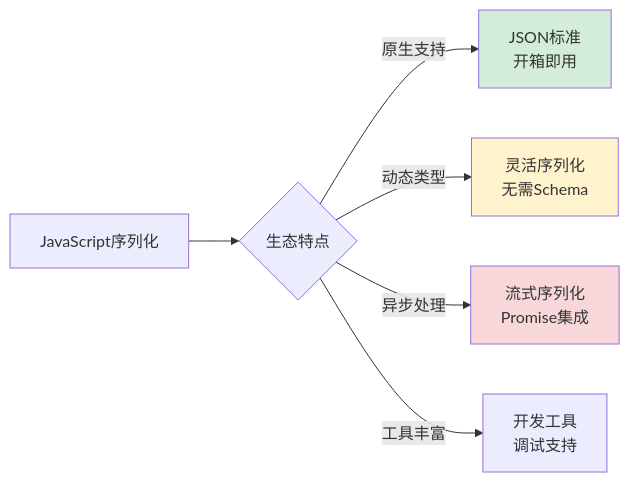
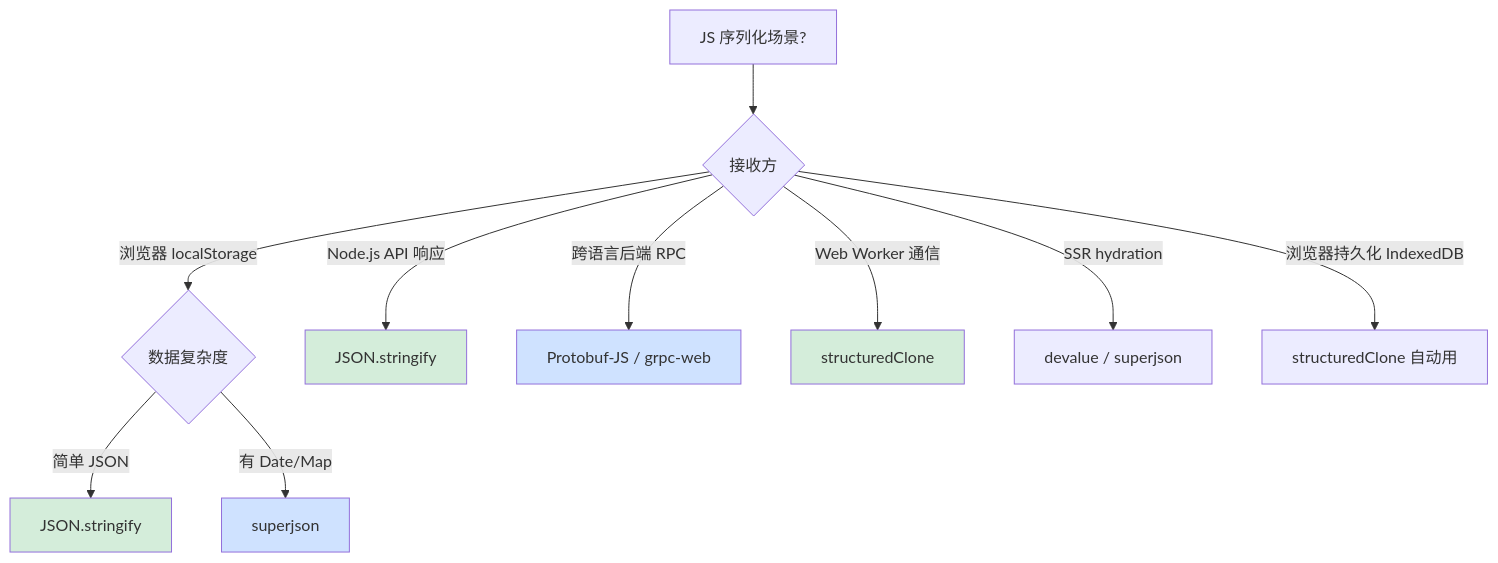
One commit to chongyang211/YCBookBlog changed diagram 22 of 26 in 00.通用技术的提升/02.程序编程原理/05.序列化数据的思想.md. Above: the diagram before and after it, drawn with Mermaid. The commit also changed other lines of this file and 5 other files, not shown here.

````diff
--- a/00.通用技术的提升/02.程序编程原理/05.序列化数据的思想.md
+++ b/00.通用技术的提升/02.程序编程原理/05.序列化数据的思想.md
@@ -2857,12 +3115,20 @@
 ```mermaid
-graph LR
-    A[JavaScript序列化] --> B{生态特点}
-    B -->|原生支持| C[JSON标准<br/>开箱即用]
-    B -->|动态类型| D[灵活序列化<br/>无需Schema]
-    B -->|异步处理| E[流式序列化<br/>Promise集成]
-    B -->|工具丰富| F[开发工具<br/>调试支持]
+flowchart TD
+    A[JS 序列化场景?] --> B{接收方}
     
-    style C fill:#d4edda
-    style D fill:#fff3cd
-    style E fill:#f8d7da
+    B -->|浏览器 localStorage| C{数据复杂度}
+    B -->|Node.js API 响应| D[JSON.stringify]
+    B -->|跨语言后端 RPC| E[Protobuf-JS / grpc-web]
+    B -->|Web Worker 通信| F[structuredClone]
+    B -->|SSR hydration| G[devalue / superjson]
+    B -->|浏览器持久化 IndexedDB| H[structuredClone 自动用]
+
+    C -->|简单 JSON| I[JSON.stringify]
+    C -->|有 Date/Map| J[superjson]
+
+    style D fill:#d4edda
+    style F fill:#d4edda
+    style I fill:#d4edda
+    style J fill:#cfe2ff
+    style E fill:#cfe2ff
 ```
````
